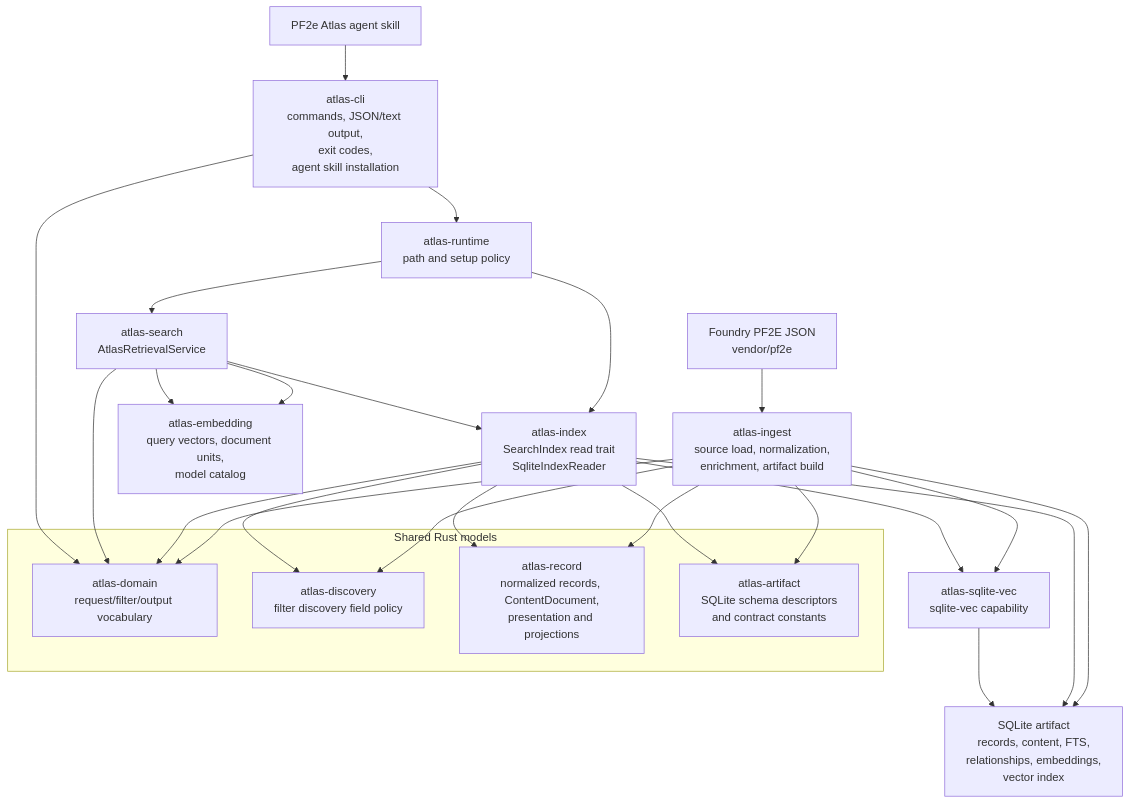
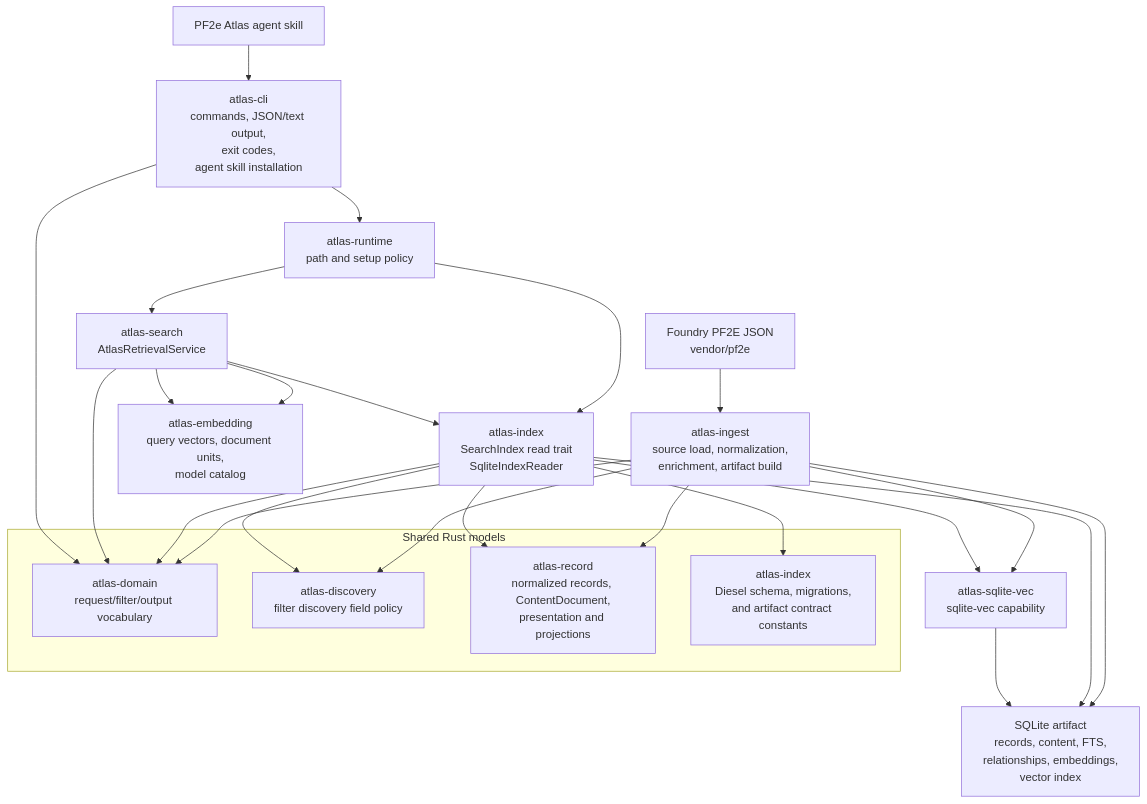
One commit to e-kosten/pf2e-atlas changed the first of 4 diagrams in docs/architecture/runtime.md. Above: the diagram before and after it, drawn with Mermaid. The commit also changed other lines of this file and 128 other files, not shown here.

Commit message:
refactor: migrate artifact storage to diesel

````diff
--- a/docs/architecture/runtime.md
+++ b/docs/architecture/runtime.md
@@ -9,36 +9,35 @@
 ```mermaid
 flowchart TD
     source["Foundry PF2E JSON<br/>vendor/pf2e"] --> ingest["atlas-ingest<br/>source load, normalization,<br/>enrichment, artifact build"]
     ingest --> artifact["SQLite artifact<br/>records, content, FTS,<br/>relationships, embeddings,<br/>vector index"]
 
     skill["PF2e Atlas agent skill"] --> cli["atlas-cli<br/>commands, JSON/text output,<br/>exit codes,<br/>agent skill installation"]
     cli --> runtime["atlas-runtime<br/>path and setup policy"]
     runtime --> search["atlas-search<br/>AtlasRetrievalService"]
     runtime --> index["atlas-index<br/>SearchIndex read trait<br/>SqliteIndexReader"]
 
     search --> index
     search --> embedding["atlas-embedding<br/>query vectors, document units,<br/>model catalog"]
     index --> artifact
     ingest --> sqliteVec["atlas-sqlite-vec<br/>sqlite-vec capability"]
     index --> sqliteVec
     sqliteVec --> artifact
 
     subgraph SharedRustModels["Shared Rust models"]
       domain["atlas-domain<br/>request/filter/output vocabulary"]
       discovery["atlas-discovery<br/>filter discovery field policy"]
       record["atlas-record<br/>normalized records, ContentDocument,<br/>presentation and projections"]
-      artifactSchema["atlas-artifact<br/>SQLite schema descriptors<br/>and contract constants"]
+      artifactSchema["atlas-index<br/>Diesel schema, migrations,<br/>and artifact contract constants"]
     end
 
     ingest --> domain
     ingest --> discovery
     ingest --> record
-    ingest --> artifactSchema
     index --> domain
     index --> discovery
     index --> record
     index --> artifactSchema
     search --> domain
     search --> embedding
     cli --> domain
 ```
````
